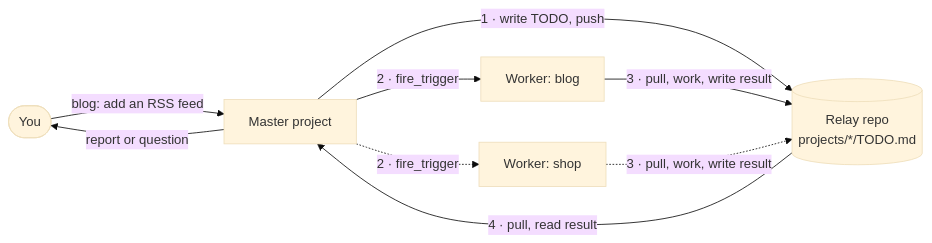
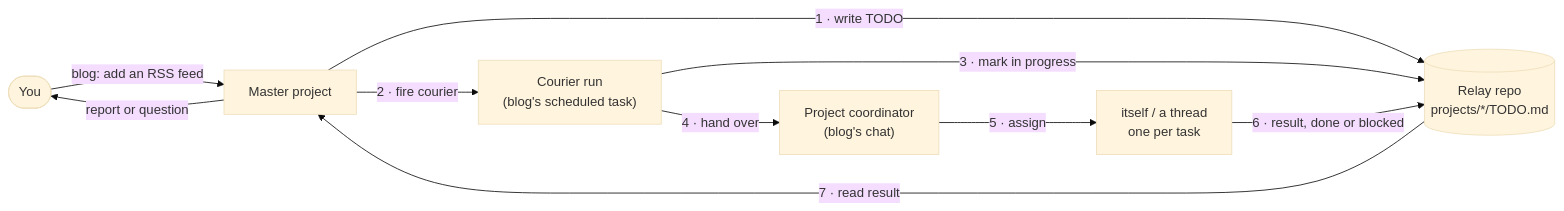
Before and after one commit to glenviddich/project-relay: the diagram in README.md, drawn with Mermaid (base theme). The commit also changed other lines of this file and 1 other file, not shown here.

First line of the commit message:
docs: redraw diagrams and rewrite README for the courier model

````diff
--- a/README.md
+++ b/README.md
@@ -7,11 +8,12 @@
 ```mermaid
 flowchart LR
     you([You]) -- "blog: add an RSS feed" --> master[Master project]
-    master -- "1 · write TODO, push" --> repo[("Relay repo<br/>projects/*/TODO.md")]
-    master -- "2 · fire_trigger" --> blog[Worker: blog]
-    master -. "2 · fire_trigger" .-> shop[Worker: shop]
-    blog -- "3 · pull, work, write result" --> repo
-    shop -. "3 · pull, work, write result" .-> repo
-    repo -- "4 · pull, read result" --> master
+    master -- "1 · write TODO" --> repo[("Relay repo<br/>projects/*/TODO.md")]
+    master -- "2 · fire courier" --> courier["Courier run<br/>(blog's scheduled task)"]
+    courier -- "3 · mark in progress" --> repo
+    courier -- "4 · hand over" --> coord["Project coordinator<br/>(blog's chat)"]
+    coord -- "5 · assign" --> work["itself / a thread<br/>one per task"]
+    work -- "6 · result, done or blocked" --> repo
+    repo -- "7 · read result" --> master
     master -- "report or question" --> you
 ```
````
